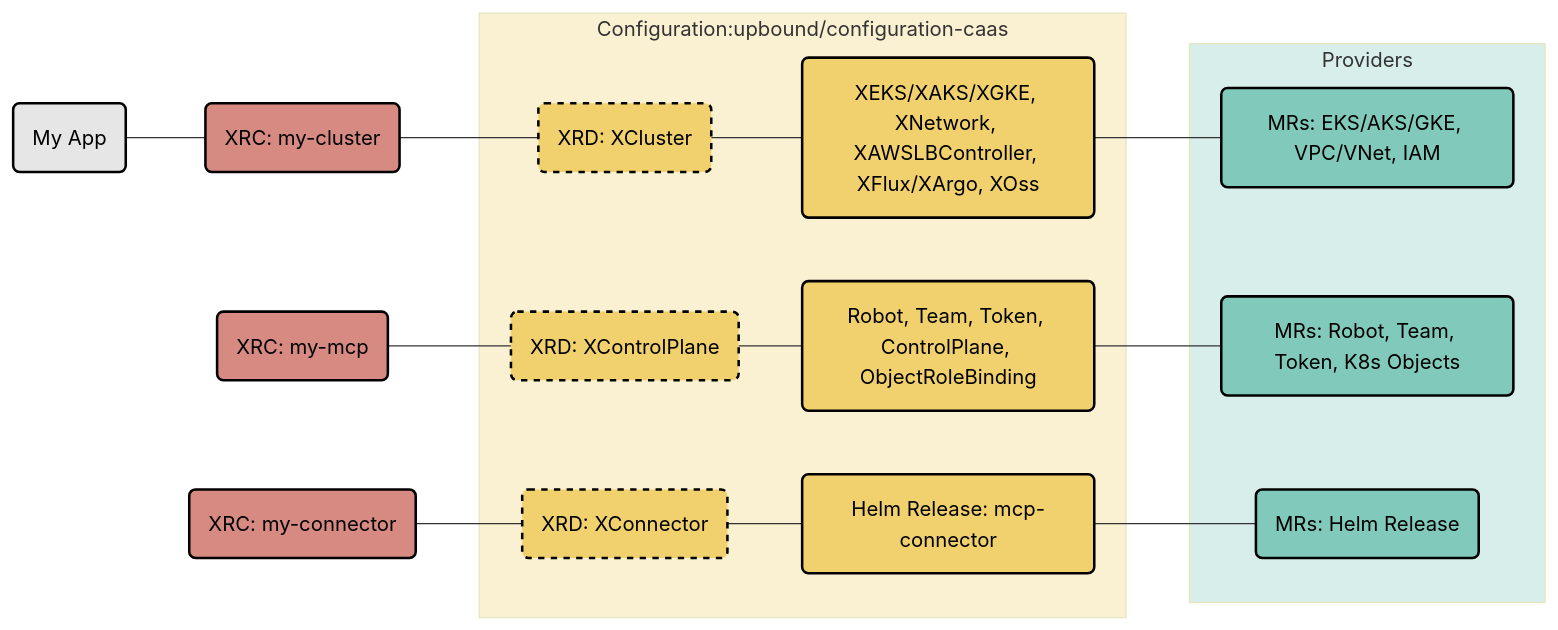
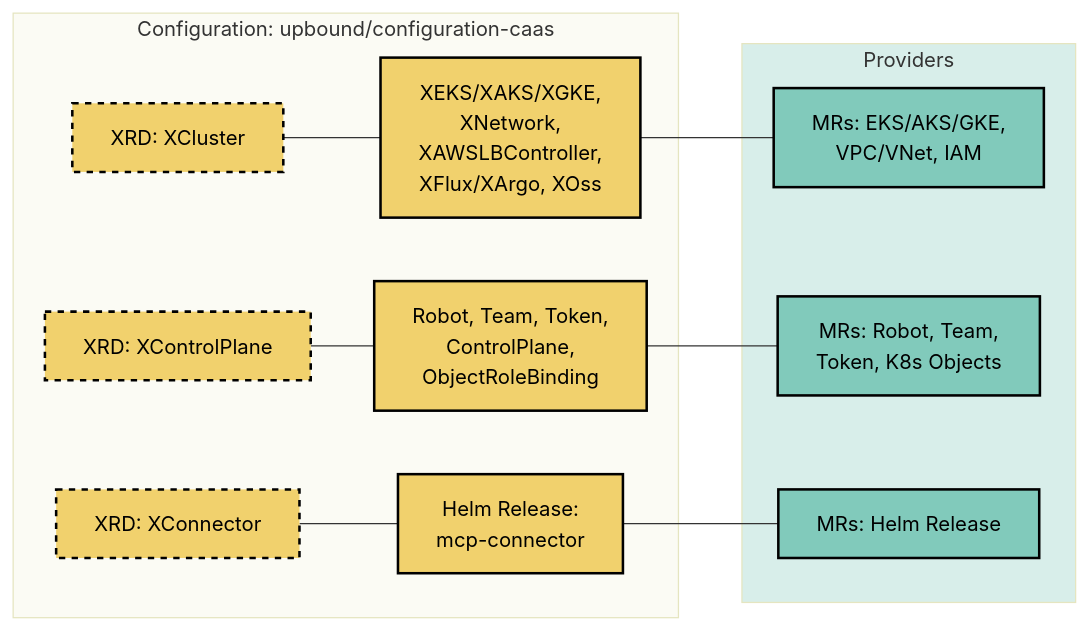
One commit to upbound/configuration-caas changed the first of 2 diagrams in README.md. Above: the diagram before and after it, drawn with Mermaid. The commit also changed other lines of this file, not shown here.

Commit message:
Optimize mermaid diagrams

````diff
--- a/README.md
+++ b/README.md
@@ -55,33 +57,36 @@
 ```mermaid
 graph LR;
-    MyApp(My App)---MyCluster(XRC: my-cluster);
-    MyCluster---XRD1(XRD: XCluster);
-    MyMCP(XRC: my-mcp)---XRD2(XRD: XControlPlane);
-    MyConnector(XRC: my-connector)---XRD3(XRD: XConnector);
-    subgraph Configuration:upbound/configuration-caas;
-        XRD1---Composition1(XEKS/XAKS/XGKE, XNetwork, XAWSLBController, XFlux/XArgo, XOss);
-        XRD2---Composition2(Robot, Team, Token, ControlPlane, ObjectRoleBinding);
-        XRD3---Composition3(Helm Release: mcp-connector);
+    subgraph Configuration["Configuration: upbound/configuration-caas"]
+        XRD1["XRD: XCluster"]
+        XRD2["XRD: XControlPlane"]
+        XRD3["XRD: XConnector"]
+        Composition1["XEKS/XAKS/XGKE,<br/>XNetwork,<br/>XAWSLBController,<br/>XFlux/XArgo, XOss"]
+        Composition2["Robot, Team, Token,<br/>ControlPlane,<br/>ObjectRoleBinding"]
+        Composition3["Helm Release:<br/>mcp-connector"]
+
+        XRD1---Composition1
+        XRD2---Composition2
+        XRD3---Composition3
     end
     subgraph Providers
-        Composition1---Cloud.MRs(MRs: EKS/AKS/GKE, VPC/VNet, IAM);
-        Composition2---Upbound.MRs(MRs: Robot, Team, Token, K8s Objects);
-        Composition3---Helm.MRs(MRs: Helm Release);
+        Cloud.MRs["MRs: EKS/AKS/GKE,<br/>VPC/VNet, IAM"]
+        Upbound.MRs["MRs: Robot, Team,<br/>Token, K8s Objects"]
+        Helm.MRs["MRs: Helm Release"]
+
+        Composition1---Cloud.MRs
+        Composition2---Upbound.MRs
+        Composition3---Helm.MRs
     end
 
-style MyApp color:#000,fill:#e6e6e6,stroke:#000,stroke-width:2px
-style MyCluster color:#000,fill:#D68A82,stroke:#000,stroke-width:2px
-style MyMCP color:#000,fill:#D68A82,stroke:#000,stroke-width:2px
-style MyConnector color:#000,fill:#D68A82,stroke:#000,stroke-width:2px
-style Configuration:upbound/configuration-caas fill:#f1d16d,opacity:0.3
+style Configuration fill:#f5f5dc,opacity:0.3
 style Providers fill:#81CABB,opacity:0.3
 style XRD1 color:#000,fill:#f1d16d,stroke:#000,stroke-width:2px,stroke-dasharray: 5 5
 style XRD2 color:#000,fill:#f1d16d,stroke:#000,stroke-width:2px,stroke-dasharray: 5 5
 style XRD3 color:#000,fill:#f1d16d,stroke:#000,stroke-width:2px,stroke-dasharray: 5 5
 style Composition1 color:#000,fill:#f1d16d,stroke:#000,stroke-width:2px
 style Composition2 color:#000,fill:#f1d16d,stroke:#000,stroke-width:2px
 style Composition3 color:#000,fill:#f1d16d,stroke:#000,stroke-width:2px
 style Cloud.MRs color:#000,fill:#81CABB,stroke:#000,stroke-width:2px
 style Upbound.MRs color:#000,fill:#81CABB,stroke:#000,stroke-width:2px
 style Helm.MRs color:#000,fill:#81CABB,stroke:#000,stroke-width:2px
 ```
````
